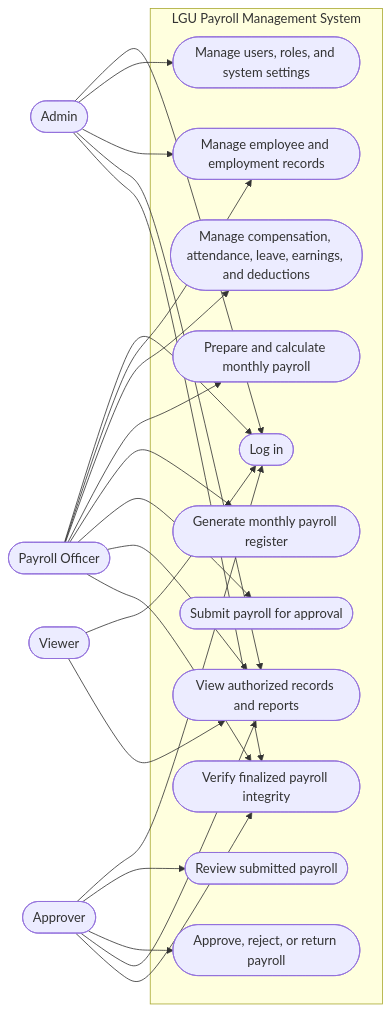
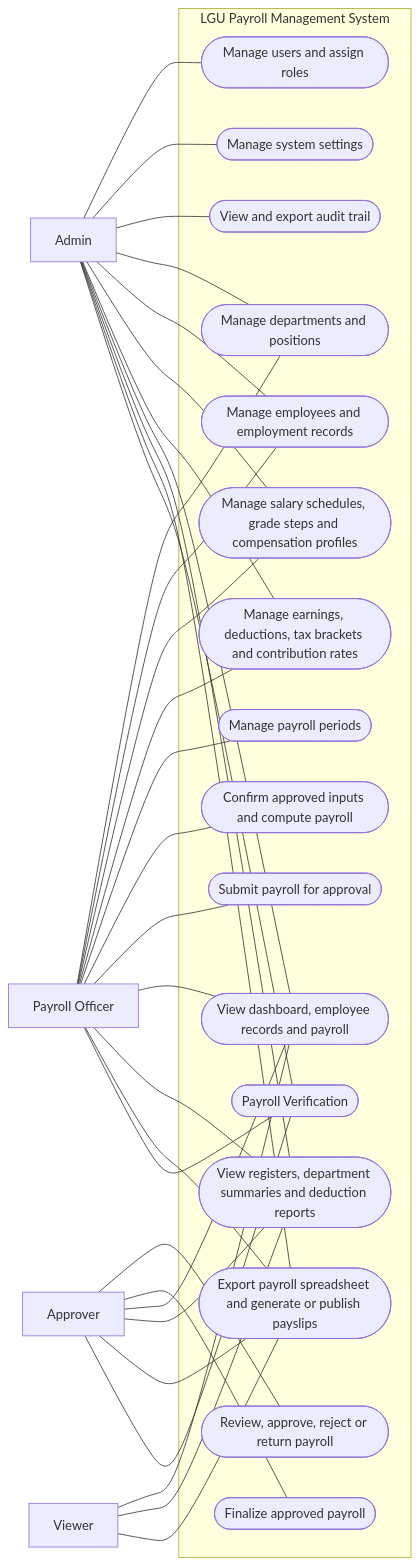
The first of 2 diagrams in docs/use-case-diagram.md (rjf0x/lgu-payroll-system), drawn with Mermaid before and after one commit. The commit also changed other lines of this file and 4 other files, not shown here.

Commit message:
Update system documentation to reflect implemented payroll application

````diff
--- a/docs/use-case-diagram.md
+++ b/docs/use-case-diagram.md
@@ -6,46 +7,61 @@
 ```mermaid
 flowchart LR
-    Admin([Admin])
-    Officer([Payroll Officer])
-    Approver([Approver])
-    Viewer([Viewer])
+    Admin["Admin"]
+    Officer["Payroll Officer"]
+    Approver["Approver"]
+    Viewer["Viewer"]
 
-    subgraph System[LGU Payroll Management System]
-        Login([Log in])
-        AdminTasks([Manage users, roles, and system settings])
-        MasterData([Manage employee and employment records])
-        PayrollInputs([Manage compensation, attendance, leave, earnings, and deductions])
-        Prepare([Prepare and calculate monthly payroll])
-        Register([Generate monthly payroll register])
+    subgraph System["LGU Payroll Management System"]
+        Accounts([Manage users and assign roles])
+        Settings([Manage system settings])
+        Audit([View and export audit trail])
+        Organization([Manage departments and positions])
+        Employees([Manage employees and employment records])
+        Compensation([Manage salary schedules, grade steps and compensation profiles])
+        Configuration([Manage earnings, deductions, tax brackets and contribution rates])
+        Periods([Manage payroll periods])
+        Prepare([Confirm approved inputs and compute payroll])
         Submit([Submit payroll for approval])
-        Review([Review submitted payroll])
-        Decision([Approve, reject, or return payroll])
-        Reports([View authorized records and reports])
-        Verify([Verify finalized payroll integrity])
+        Review([Review, approve, reject or return payroll])
+        Finalize([Finalize approved payroll])
+        Read([View dashboard, employee records and payroll])
+        Reports([View registers, department summaries and deduction reports])
+        Documents([Export payroll spreadsheet and generate or publish payslips])
+        Verify([Payroll Verification])
     end
 
-    Admin --> Login
-    Officer --> Login
-    Approver --> Login
-    Viewer --> Login
+    Admin --- Accounts
+    Admin --- Settings
+    Admin --- Audit
+    Admin --- Organization
+    Admin --- Employees
+    Admin --- Compensation
+    Admin --- Configuration
+    Admin --- Read
+    Admin --- Reports
+    Admin --- Documents
+    Admin --- Verify
 
-    Admin --> AdminTasks
-    Admin --> MasterData
-    Admin --> Reports
-    Admin --> Verify
+    Officer --- Organization
+    Officer --- Employees
+    Officer --- Compensation
+    Officer --- Configuration
+    Officer --- Periods
+    Officer --- Prepare
+    Officer --- Submit
+    Officer --- Read
+    Officer --- Reports
+    Officer --- Documents
+    Officer --- Verify
 
-    Officer --> MasterData
-    Officer --> PayrollInputs
-    Officer --> Prepare
-    Officer --> Register
-    Officer --> Submit
-    Officer --> Reports
-    Officer --> Verify
+    Approver --- Review
+    Approver --- Finalize
+    Approver --- Read
+    Approver --- Reports
+    Approver --- Documents
+    Approver --- Verify
 
-    Approver --> Review
-    Approver --> Decision
-    Approver --> Reports
-    Approver --> Verify
-
-    Viewer --> Reports
+    Viewer --- Read
+    Viewer --- Reports
+    Viewer --- Documents
 ```
````
